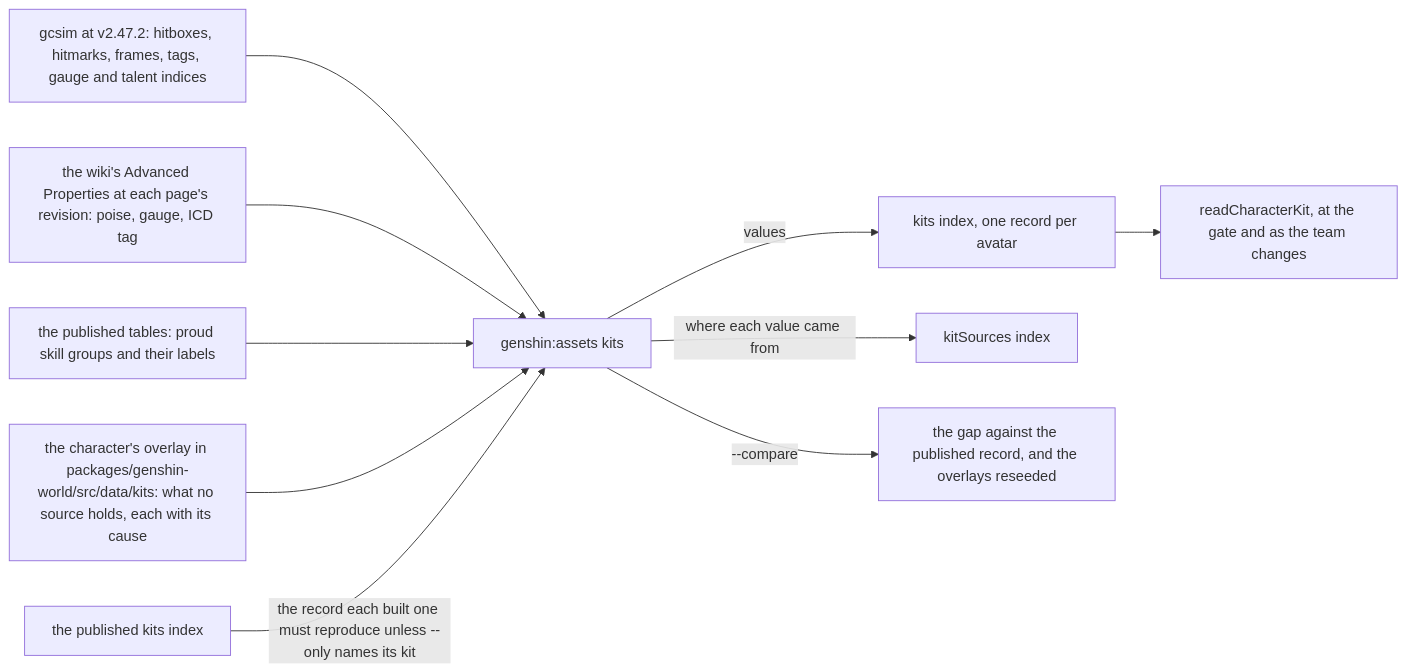
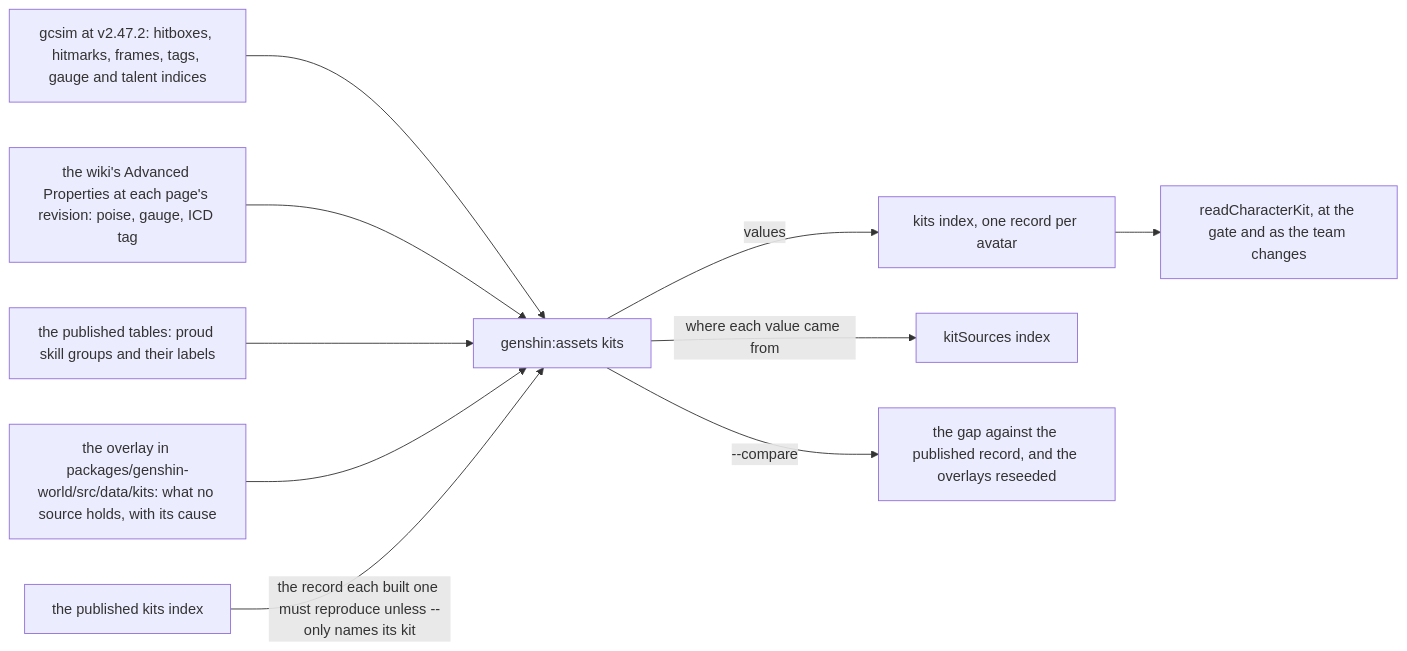
One commit to Esposter/Esposter changed the fourth of 5 diagrams in openspec/specs/genshin/kits/README.md. Above: the diagram before and after it, drawn with Mermaid.

Commit message:
docs(genshin): kits/README.md keeps the kits flow diagram's overlay label within its length

````diff
--- a/openspec/specs/genshin/kits/README.md
+++ b/openspec/specs/genshin/kits/README.md
@@ -217,12 +217,12 @@
 ```mermaid
 flowchart LR
   GC["gcsim at v2.47.2: hitboxes, hitmarks, frames, tags, gauge and talent indices"] --> B["genshin:assets kits"]
   WK["the wiki's Advanced Properties at each page's revision: poise, gauge, ICD tag"] --> B
   TB["the published tables: proud skill groups and their labels"] --> B
-  OV["the character's overlay in packages/genshin-world/src/data/kits: what no source holds, each with its cause"] --> B
+  OV["the overlay in packages/genshin-world/src/data/kits: what no source holds, with its cause"] --> B
   PB["the published kits index"] -->|"the record each built one must reproduce unless --only names its kit"| B
   B -->|"values"| K["kits index, one record per avatar"]
   B -->|"where each value came from"| S["kitSources index"]
   B -->|"--compare"| R["the gap against the published record, and the overlays reseeded"]
   K --> READ["readCharacterKit, at the gate and as the team changes"]
 ```
````
